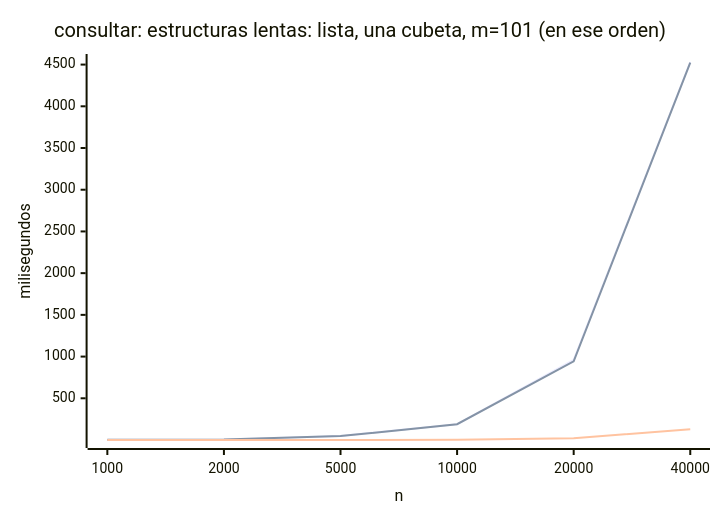
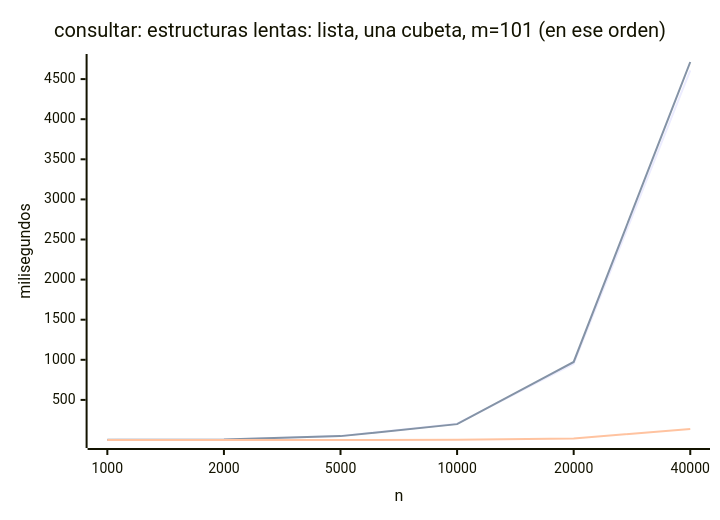
Before and after one commit to JuanManuelParedes/estr-2026-2-proyecto: the first of 4 diagrams in docs/informe-final.md, drawn with Mermaid. The commit also changed other lines of this file and 4 other files, not shown here.

````diff
--- a/docs/informe-final.md
+++ b/docs/informe-final.md
@@ -493,9 +506,9 @@
 ```mermaid
 xychart-beta
   title "consultar: estructuras lentas: lista, una cubeta, m=101 (en ese orden)"
   x-axis "n" [1000, 2000, 5000, 10000, 20000, 40000]
   y-axis "milisegundos"
-  line [1.651, 7.131, 48.533, 189.676, 960.943, 4531.000]
-  line [1.660, 7.313, 46.551, 189.446, 943.317, 4524.860]
-  line [0.035, 0.104, 0.790, 3.356, 21.066, 128.116]
+  line [1.607, 7.453, 49.776, 202.720, 951.884, 4608.909]
+  line [1.654, 7.406, 48.401, 197.741, 973.297, 4713.208]
+  line [0.043, 0.115, 0.719, 3.324, 20.115, 136.552]
 ```
````
